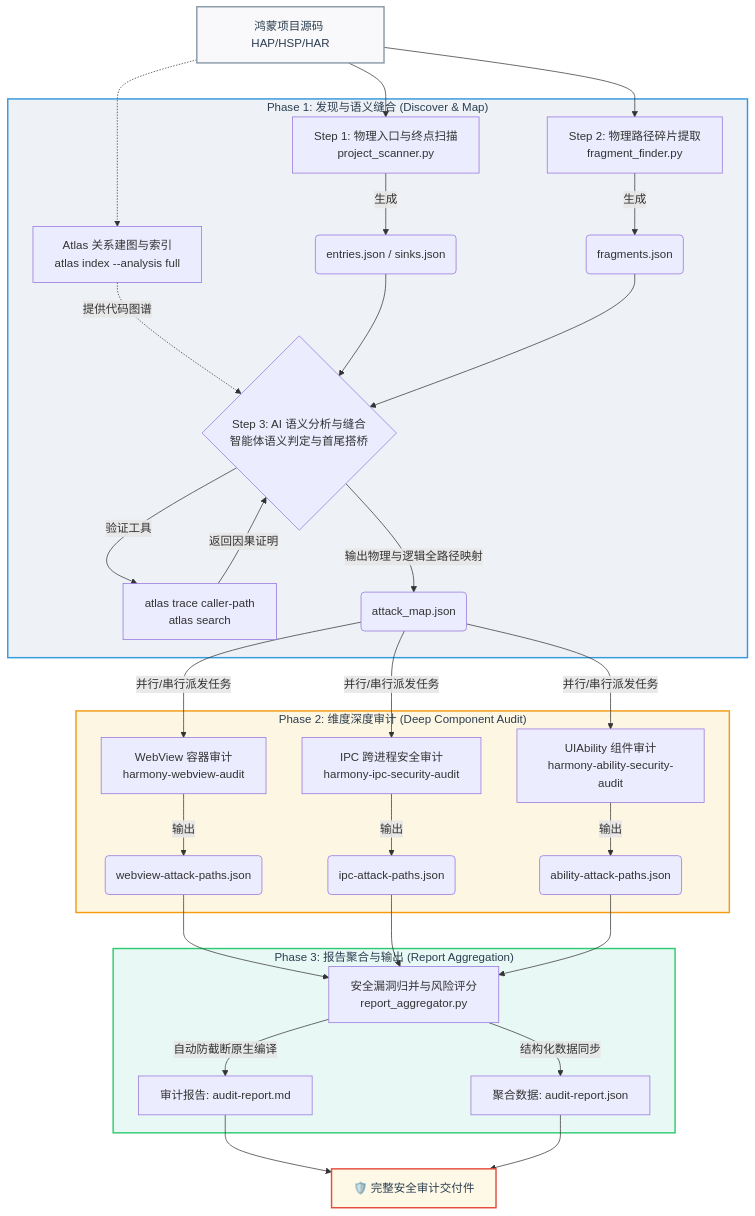
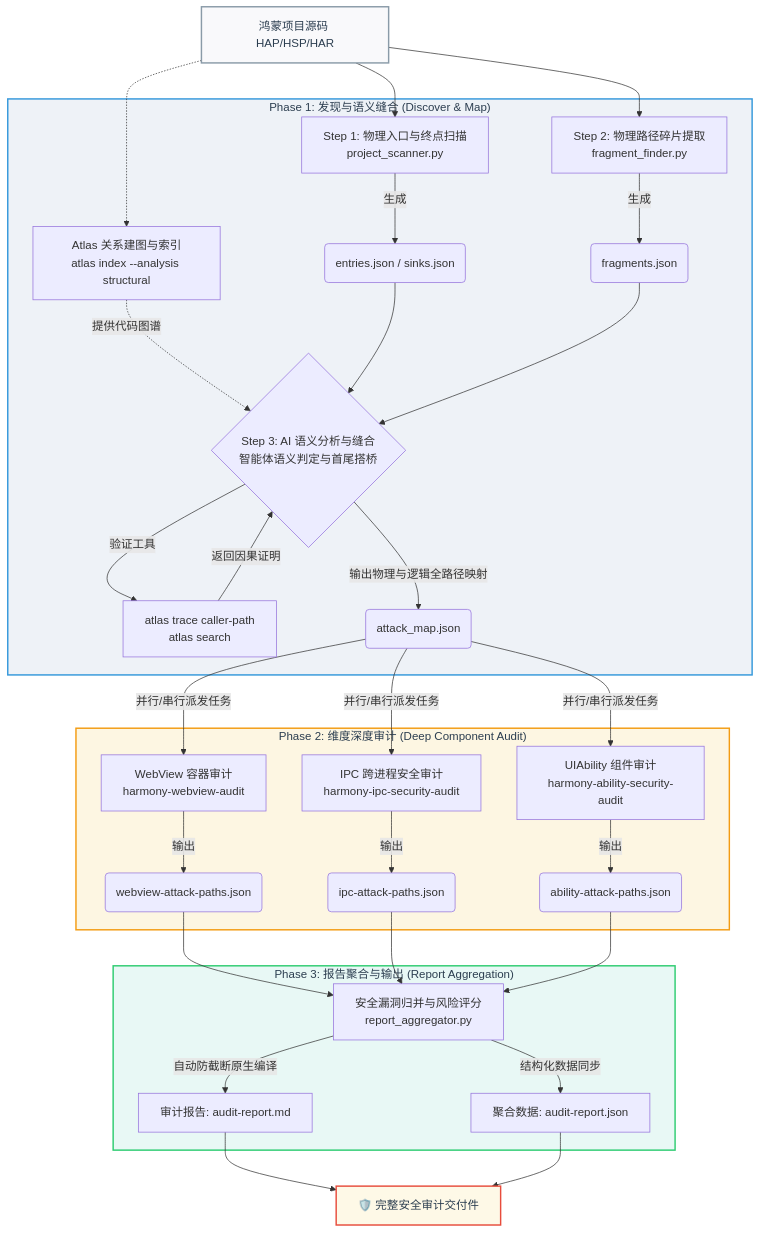
One commit to JiJunmo/harmonySecAnalyzer changed the diagram in README.md. Above: the diagram before and after it, drawn with Mermaid. The commit also changed other lines of this file and 1 other file, not shown here.

Commit message:
docs: switch default index mode to structural for better performance

````diff
--- a/README.md
+++ b/README.md
@@ -11,53 +11,53 @@
 ```mermaid
 graph TD
     %% Styling
     classDef inputStyle fill:#f9f9fb,stroke:#8a9ba8,stroke-width:2px,color:#2c3e50;
     classDef phase1Style fill:#eef2f7,stroke:#3498db,stroke-width:2px,color:#2c3e50;
     classDef phase2Style fill:#fdf6e2,stroke:#f39c12,stroke-width:2px,color:#2c3e50;
     classDef phase3Style fill:#e8f8f5,stroke:#2ecc71,stroke-width:2px,color:#2c3e50;
     classDef outputStyle fill:#fef9e7,stroke:#e74c3c,stroke-width:2px,color:#2c3e50;
 
     %% Nodes
     Source["鸿蒙项目源码 HAP/HSP/HAR"]:::inputStyle
 
     %% Phase 1: Discover & Map
     subgraph P1 ["Phase 1: 发现与语义缝合 (Discover & Map)"]
         A1["Step 1: 物理入口与终点扫描<br>project_scanner.py"] -->|生成| B1("entries.json / sinks.json")
         A2["Step 2: 物理路径碎片提取<br>fragment_finder.py"] -->|生成| B2("fragments.json")
         
         %% Atlas Indexing
-        Atlas["Atlas 关系建图与索引<br>atlas index --analysis full"] -.->|提供代码图谱| Stitch
+        Atlas["Atlas 关系建图与索引<br>atlas index --analysis structural"] -.->|提供代码图谱| Stitch
         
         B1 & B2 --> Stitch{"Step 3: AI 语义分析与缝合<br>智能体语义判定与首尾搭桥"}
         Stitch -->|验证工具| Trace["atlas trace caller-path<br>atlas search"]
         Trace -->|返回因果证明| Stitch
         Stitch -->|输出物理与逻辑全路径映射| C("attack_map.json")
     end
     class P1 phase1Style;
 
     %% Phase 2: Deep Component Audit
     subgraph P2 ["Phase 2: 维度深度审计 (Deep Component Audit)"]
         C -->|并行/串行派发任务| D1["WebView 容器审计<br>harmony-webview-audit"]
         C -->|并行/串行派发任务| D2["IPC 跨进程安全审计<br>harmony-ipc-security-audit"]
         C -->|并行/串行派发任务| D3["UIAbility 组件审计<br>harmony-ability-security-audit"]
         
         D1 -->|输出| E1("webview-attack-paths.json")
         D2 -->|输出| E2("ipc-attack-paths.json")
         D3 -->|输出| E3("ability-attack-paths.json")
     end
     class P2 phase2Style;
 
     %% Phase 3: Aggregation & Native Output
     subgraph P3 ["Phase 3: 报告聚合与输出 (Report Aggregation)"]
         E1 & E2 & E3 --> F["安全漏洞归并与风险评分<br>report_aggregator.py"]
         F -->|自动防截断原生编译| G1["审计报告: audit-report.md"]
         F -->|结构化数据同步| G2["聚合数据: audit-report.json"]
     end
     class P3 phase3Style;
 
     %% Connections
     Source --> A1
     Source --> A2
     Source -.-> Atlas
     G1 & G2 --> Output["🛡️ 完整安全审计交付件"]:::outputStyle
 ```
````
